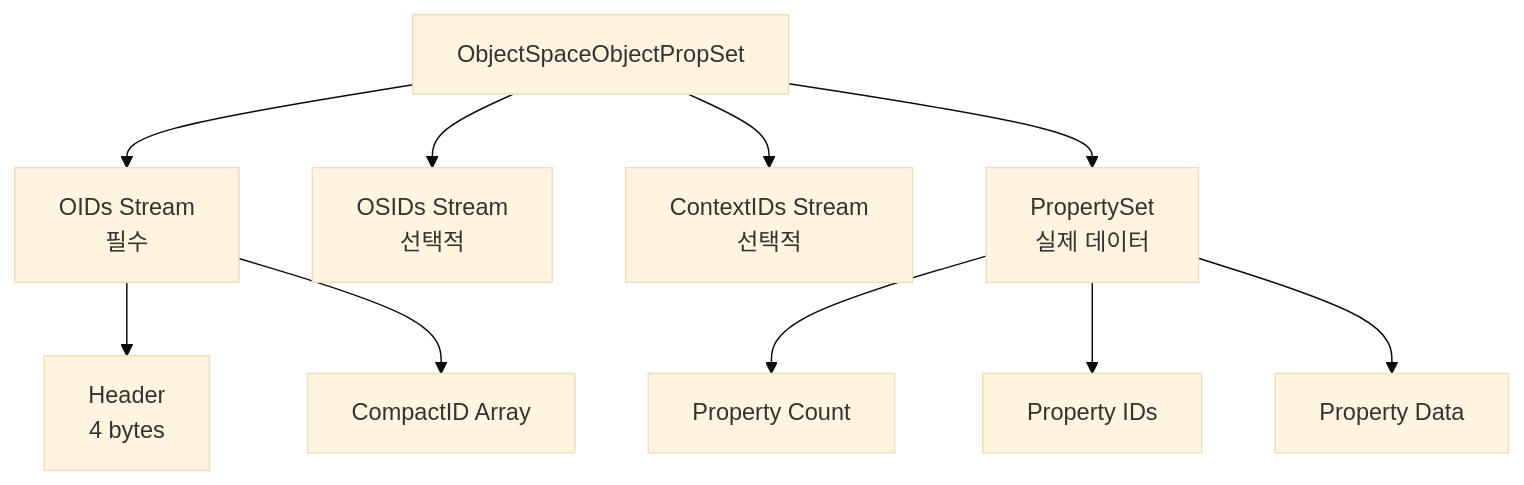
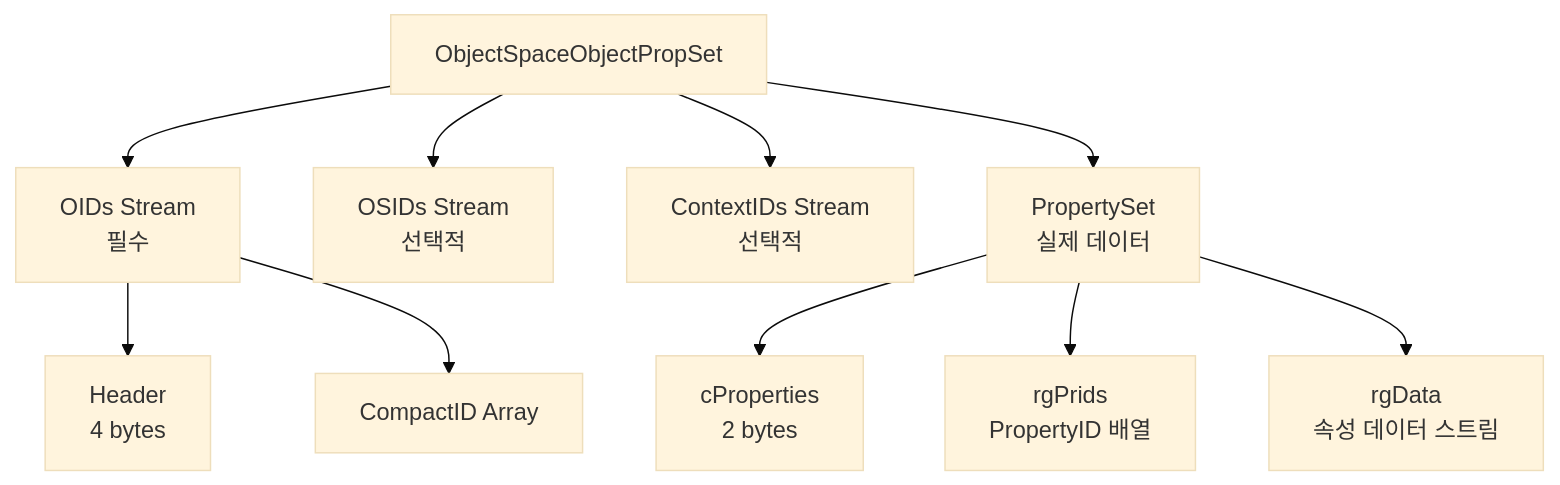
Before and after one commit to kijeong/pyOneNote: the seventh of 15 diagrams in docs/OneNote_File_Format_Structure.md, drawn with Mermaid (base theme). The commit also changed other lines of this file, not shown here.

````diff
--- a/docs/OneNote_File_Format_Structure.md
+++ b/docs/OneNote_File_Format_Structure.md
@@ -204,14 +354,14 @@
 ```mermaid
 graph TD
     A[ObjectSpaceObjectPropSet] --> B[OIDs Stream<br/>필수]
     A --> C[OSIDs Stream<br/>선택적]
     A --> D[ContextIDs Stream<br/>선택적]
     A --> E[PropertySet<br/>실제 데이터]
     
     B --> B1[Header<br/>4 bytes]
     B --> B2[CompactID Array]
     
-    E --> E1[Property Count]
-    E --> E2[Property IDs]
-    E --> E3[Property Data]
+    E --> E1[cProperties<br/>2 bytes]
+    E --> E2[rgPrids<br/>PropertyID 배열]
+    E --> E3[rgData<br/>속성 데이터 스트림]
 ```
````
